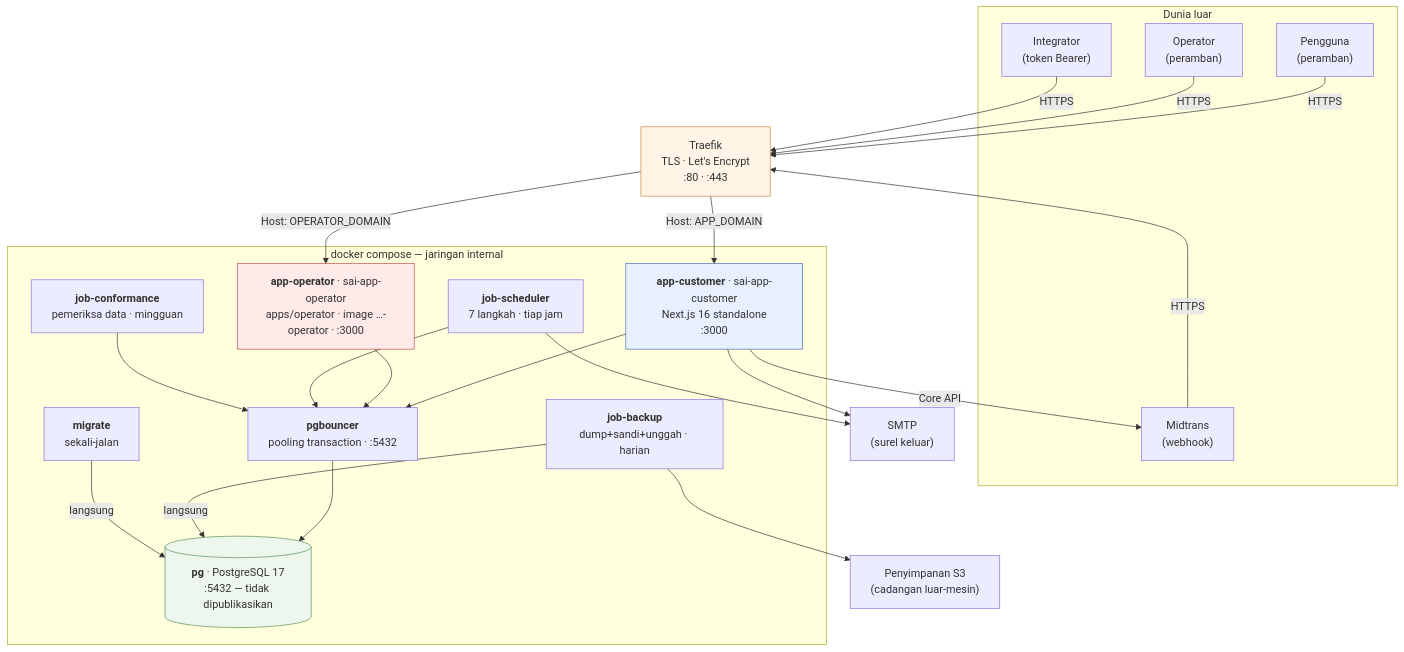
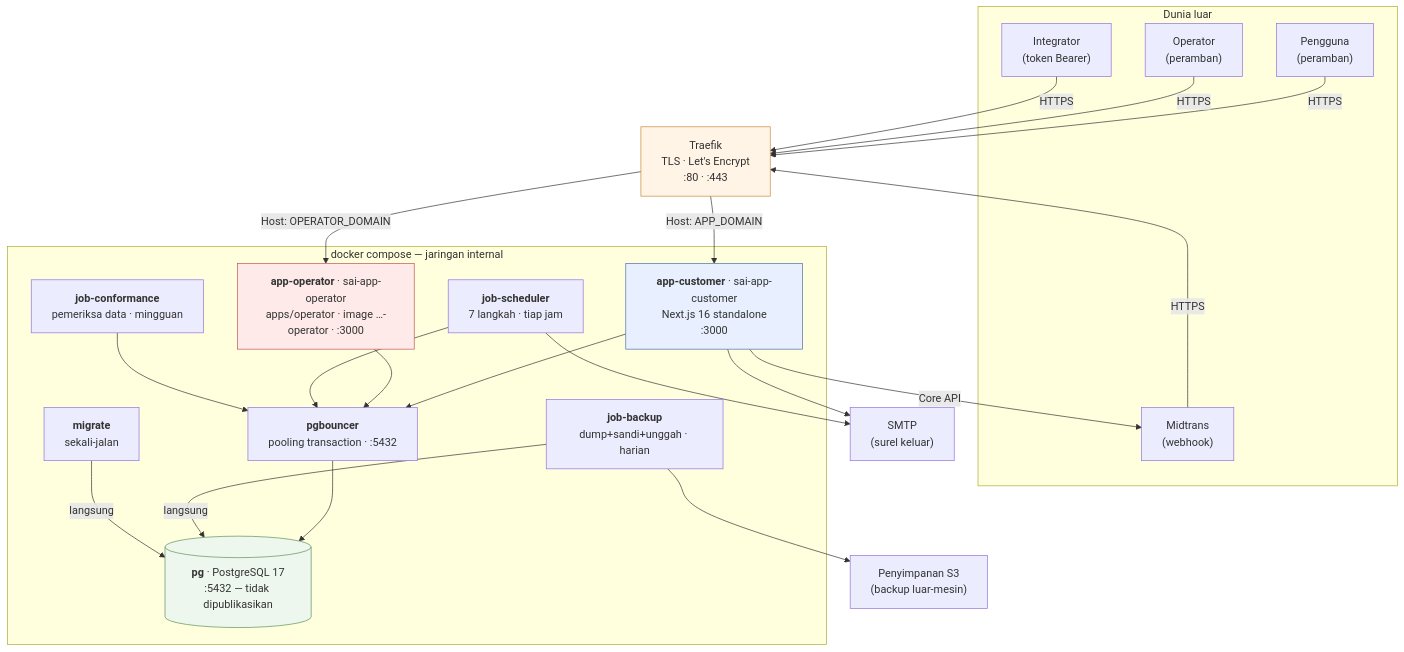
One commit to tri-evendi/sai-accounting changed the second of 2 diagrams in docs/arsitektur/01-RINGKASAN-PLATFORM.md. Above: the diagram before and after it, drawn with Mermaid. The commit also changed other lines of this file and 31 other files, not shown here.

````diff
--- a/docs/arsitektur/01-RINGKASAN-PLATFORM.md
+++ b/docs/arsitektur/01-RINGKASAN-PLATFORM.md
@@ -76,50 +76,50 @@
 ```mermaid
 graph TB
     subgraph luar["Dunia luar"]
         U["Pengguna<br/>(peramban)"]
         OPS["Operator<br/>(peramban)"]
         INT["Integrator<br/>(token Bearer)"]
         MT["Midtrans<br/>(webhook)"]
     end
 
     TR["Traefik<br/>TLS · Let's Encrypt<br/>:80 · :443"]
 
     subgraph compose["docker compose — jaringan internal"]
         WEBC["<b>app-customer</b> · sai-app-customer<br/>Next.js 16 standalone<br/>:3000"]
         WEBO["<b>app-operator</b> · sai-app-operator<br/>apps/operator · image …-operator · :3000"]
         SCH["<b>job-scheduler</b><br/>7 langkah · tiap jam"]
         CON["<b>job-conformance</b><br/>pemeriksa data · mingguan"]
         BAK["<b>job-backup</b><br/>dump+sandi+unggah · harian"]
         MIG["<b>migrate</b><br/>sekali-jalan"]
         PGB["<b>pgbouncer</b><br/>pooling transaction · :5432"]
         DB[("<b>pg</b> · PostgreSQL 17<br/>:5432 — tidak dipublikasikan")]
     end
 
-    S3["Penyimpanan S3<br/>(cadangan luar-mesin)"]
+    S3["Penyimpanan S3<br/>(backup luar-mesin)"]
     SMTP["SMTP<br/>(surel keluar)"]
 
     U -->|HTTPS| TR
     OPS -->|HTTPS| TR
     INT -->|HTTPS| TR
     MT -->|HTTPS| TR
     TR -->|"Host: APP_DOMAIN"| WEBC
     TR -->|"Host: OPERATOR_DOMAIN"| WEBO
 
     WEBC --> PGB
     WEBO --> PGB
     SCH --> PGB
     CON --> PGB
     PGB --> DB
     BAK -->|langsung| DB
     MIG -->|langsung| DB
 
     BAK --> S3
     WEBC --> SMTP
     SCH --> SMTP
     WEBC -->|Core API| MT
 
     style TR fill:#fff4e6,stroke:#c9873d
     style WEBC fill:#e8f0ff,stroke:#4a6fa5
     style WEBO fill:#ffeaea,stroke:#b55
     style DB fill:#eef7ee,stroke:#5a8f5a
 ```
````
